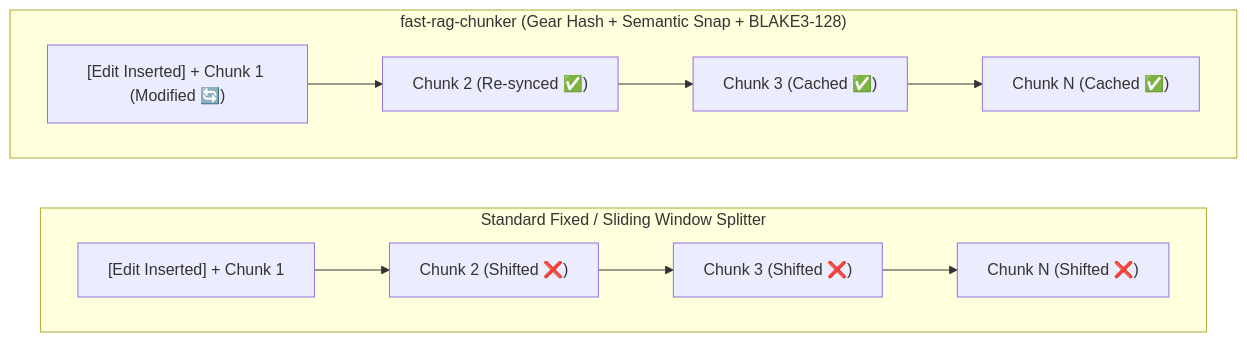
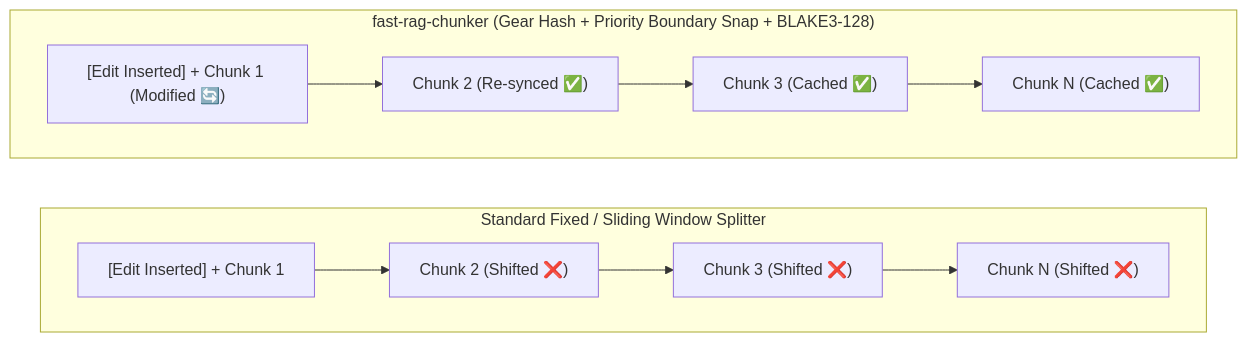
The first of 3 diagrams in README.md (mjlelis/fast-rag-chunker), drawn with Mermaid before and after one commit. The commit also changed other lines of this file and 14 other files, not shown here.

````diff
--- a/README.md
+++ b/README.md
@@ -39,12 +45,12 @@
 ```mermaid
 flowchart LR
     subgraph FixedSplitter["Standard Fixed / Sliding Window Splitter"]
         direction LR
         F1["[Edit Inserted] + Chunk 1"] --> F2["Chunk 2 (Shifted ❌)"] --> F3["Chunk 3 (Shifted ❌)"] --> F4["Chunk N (Shifted ❌)"]
     end
 
-    subgraph FastCDCSplitter["fast-rag-chunker (Gear Hash + Semantic Snap + BLAKE3-128)"]
+    subgraph FastCDCSplitter["fast-rag-chunker (Gear Hash + Priority Boundary Snap + BLAKE3-128)"]
         direction LR
         C1["[Edit Inserted] + Chunk 1 (Modified 🔄)"] --> C2["Chunk 2 (Re-synced ✅)"] --> C3["Chunk 3 (Cached ✅)"] --> C4["Chunk N (Cached ✅)"]
     end
 ```
````
